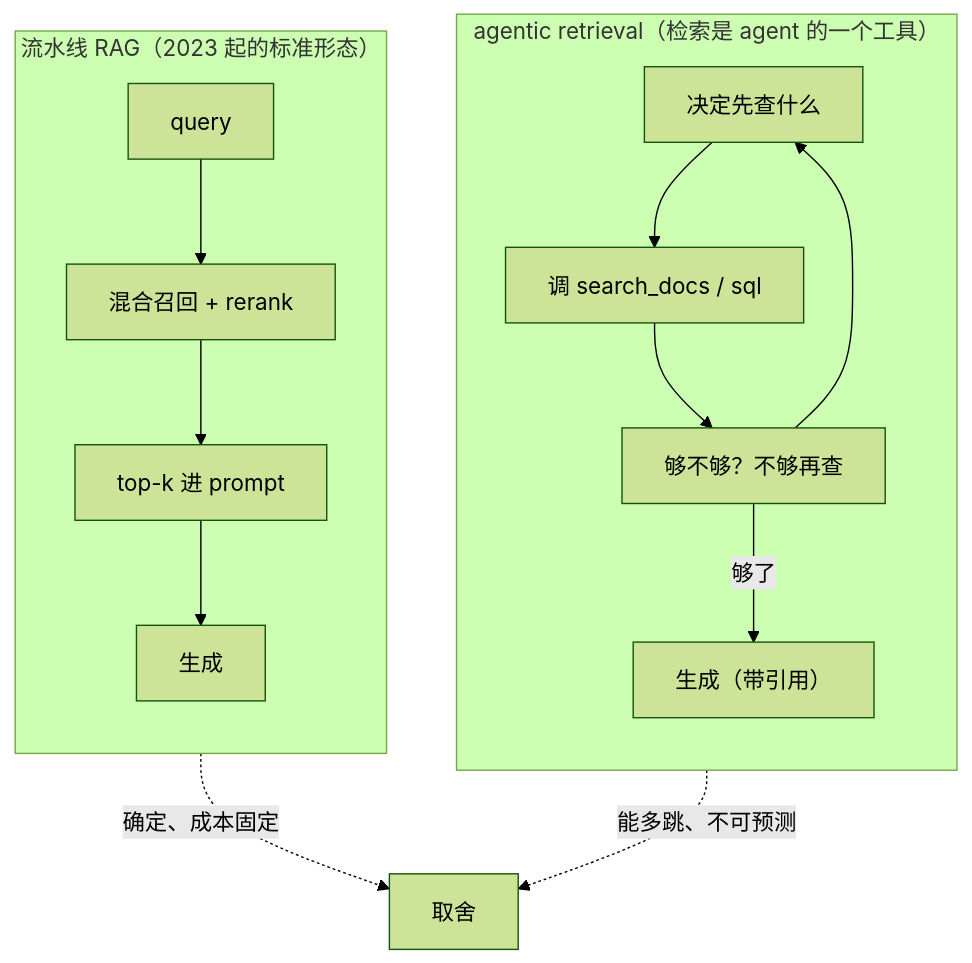
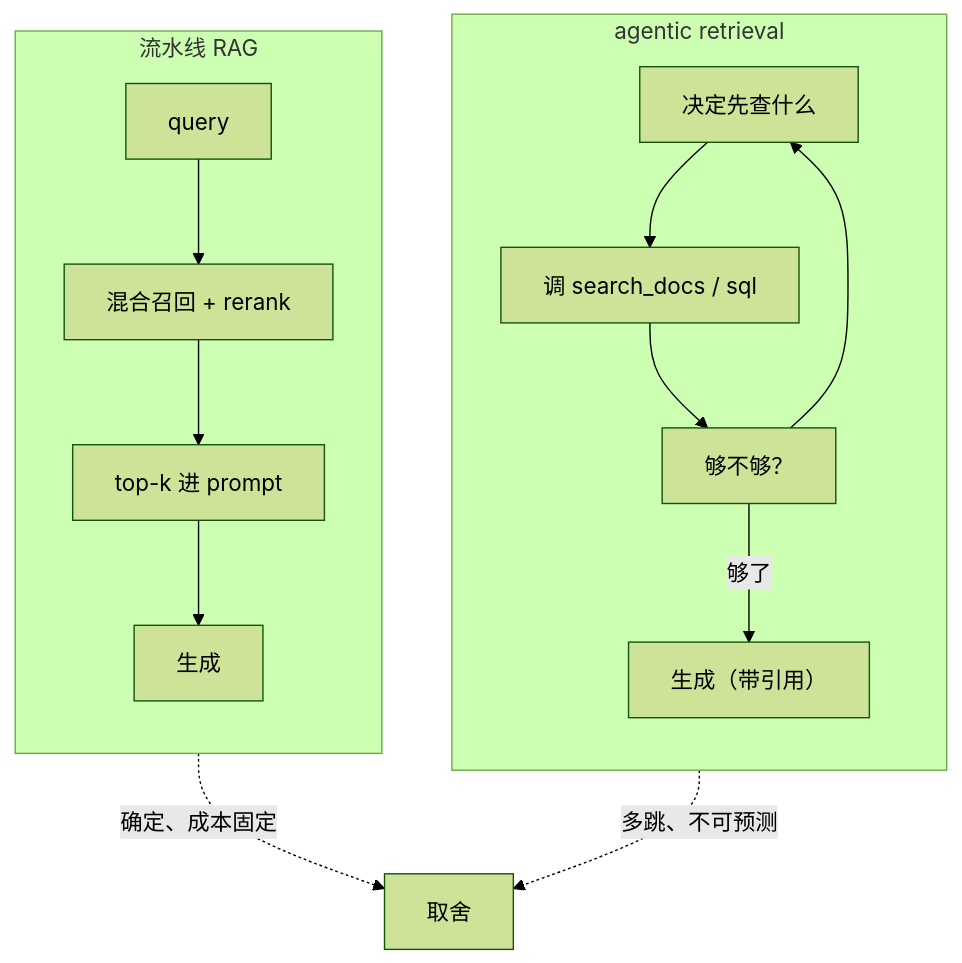
One commit to arganzheng/arganzheng.github.com changed the sixth of 7 diagrams in slides/2026-10-19-retrieval-and-knowledge.md. Above: the diagram before and after it, drawn with Mermaid (forest theme). The commit also changed other lines of this file, not shown here.

Commit message:
slides(2026-10-19-retrieval-and-knowledge): 图内文字 ≥14px——标签缩短/拆分/Unicode 数学

````diff
--- a/slides/2026-10-19-retrieval-and-knowledge.md
+++ b/slides/2026-10-19-retrieval-and-knowledge.md
@@ -184,16 +186,16 @@
 ```mermaid
 %%{init: {"flowchart": {"wrappingWidth": 460}}}%%
 flowchart TB
-    subgraph P["流水线 RAG（2023 起的标准形态）"]
+    subgraph P["流水线 RAG"]
         direction TB
         P1["query"] --> P2["混合召回 + rerank"] --> P3["top-k 进 prompt"] --> P4["生成"]
     end
-    subgraph AG["agentic retrieval（检索是 agent 的一个工具）"]
+    subgraph AG["agentic retrieval"]
         direction TB
-        A1["决定先查什么"] --> A2["调 search_docs / sql"] --> A3["够不够？不够再查"] --> A1
+        A1["决定先查什么"] --> A2["调 search_docs / sql"] --> A3["够不够？"] --> A1
         A3 -- "够了" --> A4["生成（带引用）"]
     end
     P -. "确定、成本固定" .-> X["取舍"]
-    AG -. "能多跳、不可预测" .-> X
+    AG -. "多跳、不可预测" .-> X
 
 ```
````
